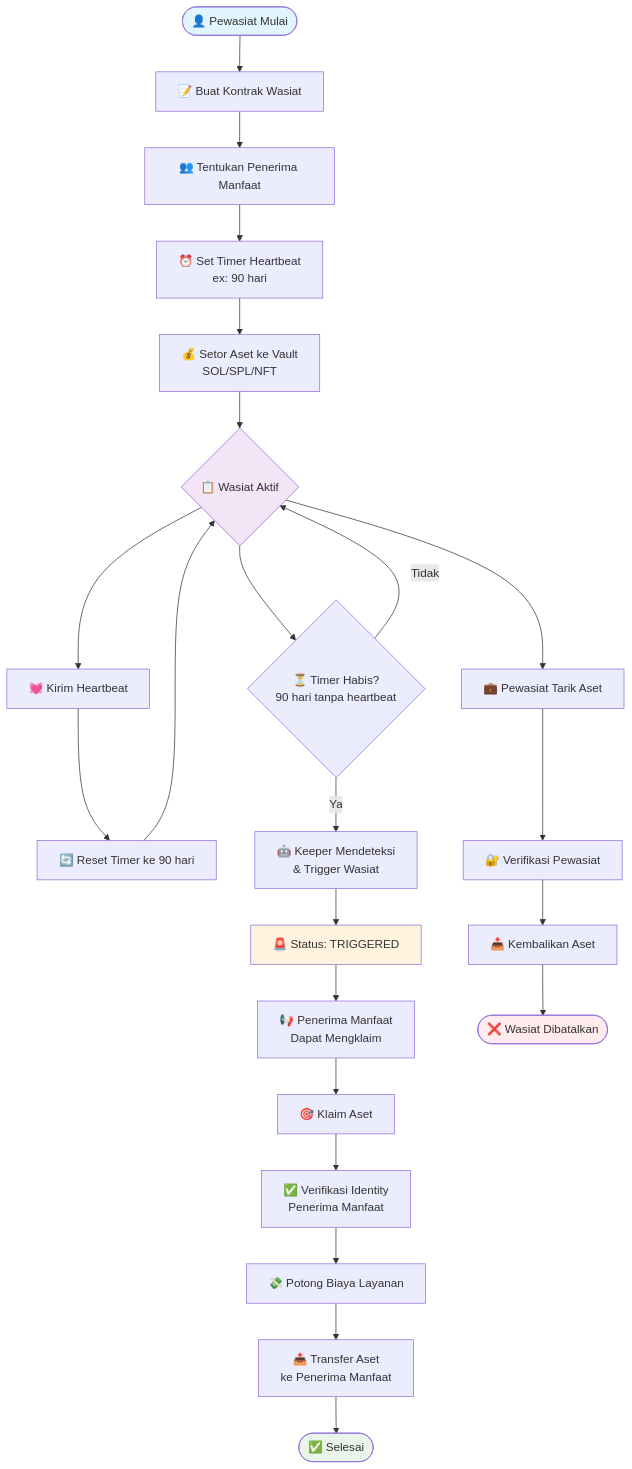
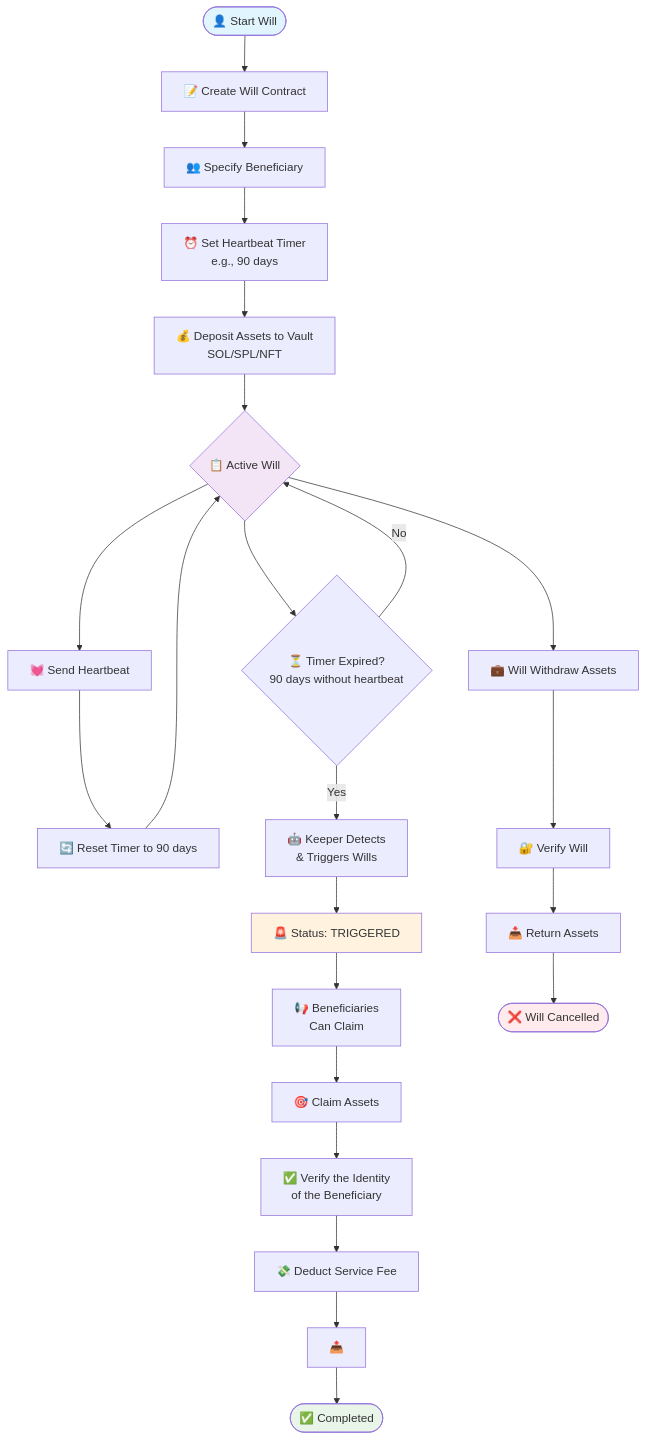
The second of 4 diagrams in docs/ARCHITECTURE.md (hutomosaktikartiko/wasiat-online), drawn with Mermaid before and after one commit. The commit also changed other lines of this file and 1 other file, not shown here.

Commit message:
readme: update main and architecture

````diff
--- a/docs/ARCHITECTURE.md
+++ b/docs/ARCHITECTURE.md
@@ -76,37 +76,37 @@
 ```mermaid
 flowchart TD
-    Start([👤 Pewasiat Mulai]) --> CreateWill[📝 Buat Kontrak Wasiat]
-    CreateWill --> SetBeneficiary[👥 Tentukan Penerima Manfaat]
-    SetBeneficiary --> SetHeartbeat[⏰ Set Timer Heartbeat<br/>ex: 90 hari]
-    SetHeartbeat --> DepositAssets[💰 Setor Aset ke Vault<br/>SOL/SPL/NFT]
+    Start([👤 Start Will]) --> CreateWill[📝 Create Will Contract]
+    CreateWill --> SetBeneficiary[👥 Specify Beneficiary]
+    SetBeneficiary --> SetHeartbeat[⏰ Set Heartbeat Timer<br/>e.g., 90 days]
+    SetHeartbeat --> DepositAssets[💰 Deposit Assets to Vault<br/>SOL/SPL/NFT]
 
-    DepositAssets --> ActiveWill{📋 Wasiat Aktif}
-    ActiveWill --> Heartbeat[💓 Kirim Heartbeat]
-    Heartbeat --> ResetTimer[🔄 Reset Timer ke 90 hari]
+    DepositAssets --> ActiveWill{📋 Active Will}
+    ActiveWill --> Heartbeat[💓 Send Heartbeat]
+    Heartbeat --> ResetTimer[🔄 Reset Timer to 90 days]
     ResetTimer --> ActiveWill
 
-    ActiveWill --> TimerExpired{⏳ Timer Habis?<br/>90 hari tanpa heartbeat}
-    TimerExpired -->|Tidak| ActiveWill
-    TimerExpired -->|Ya| KeeperTrigger[🤖 Keeper Mendeteksi<br/>& Trigger Wasiat]
+    ActiveWill --> TimerExpired{⏳ Timer Expired?<br/>90 days without heartbeat}
+    TimerExpired -->|No| ActiveWill
+    TimerExpired -->|Yes| KeeperTrigger[🤖 Keeper Detects<br/>& Triggers Wills]
 
     KeeperTrigger --> TriggeredState[🚨 Status: TRIGGERED]
-    TriggeredState --> BeneficiaryNotified[📢 Penerima Manfaat<br/>Dapat Mengklaim]
+    TriggeredState --> BeneficiaryNotified[📢 Beneficiaries<br/>Can Claim]
 
-    BeneficiaryNotified --> ClaimAssets[🎯 Klaim Aset]
-    ClaimAssets --> VerifyIdentity[✅ Verifikasi Identity<br/>Penerima Manfaat]
-    VerifyIdentity --> DeductFee[💸 Potong Biaya Layanan]
-    DeductFee --> TransferAssets[📤 Transfer Aset<br/>ke Penerima Manfaat]
-    TransferAssets --> Complete([✅ Selesai])
+    BeneficiaryNotified --> ClaimAssets[🎯 Claim Assets]
+    ClaimAssets --> VerifyIdentity[✅ Verify the Identity<br/>of the Beneficiary]
+    VerifyIdentity --> DeductFee[💸 Deduct Service Fee]
+    DeductFee --> TransferAssets[📤 ]
+    TransferAssets --> Complete([✅ Completed])
 
     %% Withdrawal path
-    ActiveWill --> Withdraw[💼 Pewasiat Tarik Aset]
-    Withdraw --> VerifyTestator[🔐 Verifikasi Pewasiat]
-    VerifyTestator --> ReturnAssets[📥 Kembalikan Aset]
-    ReturnAssets --> WillCancelled([❌ Wasiat Dibatalkan])
+    ActiveWill --> Withdraw[💼 Will Withdraw Assets]
+    Withdraw --> VerifyTestator[🔐 Verify Will]
+    VerifyTestator --> ReturnAssets[📥 Return Assets]
+    ReturnAssets --> WillCancelled([❌ Will Cancelled])
 
     style Start fill:#e1f5fe
     style Complete fill:#e8f5e8
     style WillCancelled fill:#ffebee
     style TriggeredState fill:#fff3e0
     style ActiveWill fill:#f3e5f5
 ```
````
